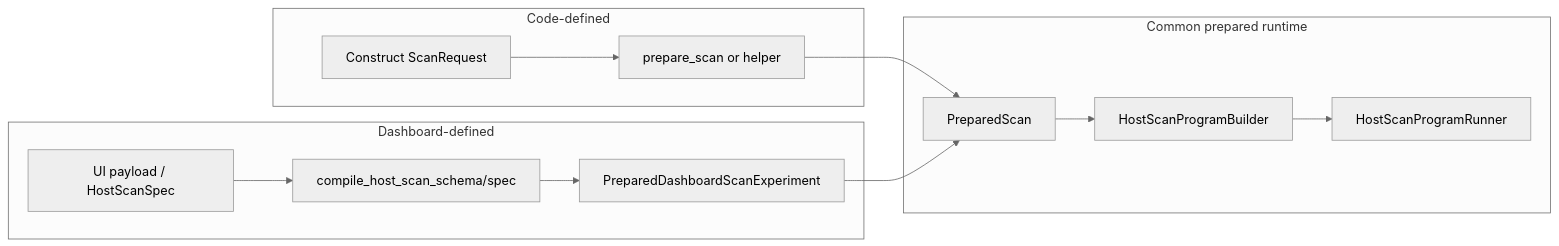
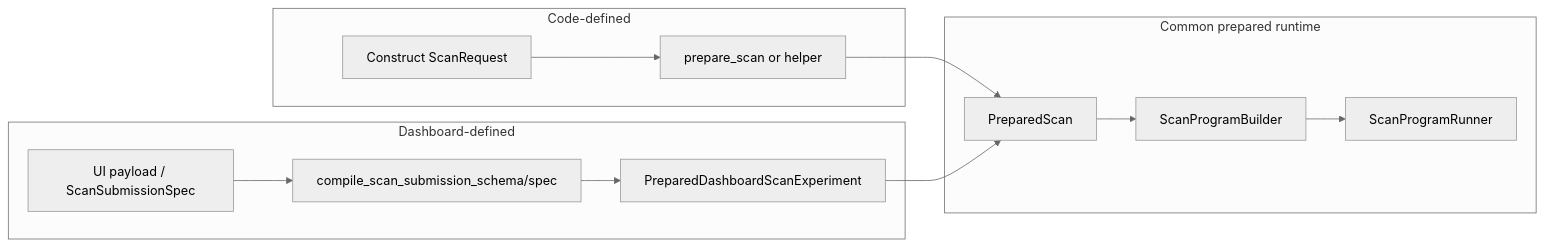
One commit to tomhepz/ndscan changed the sixth of 6 diagrams in PREPARED_RUNTIME_WALKTHROUGH.md. Above: the diagram before and after it, drawn with Mermaid (neutral theme). The commit also changed other lines of this file and 146 other files, not shown here.

````diff
--- a/PREPARED_RUNTIME_WALKTHROUGH.md
+++ b/PREPARED_RUNTIME_WALKTHROUGH.md
@@ -544,23 +544,23 @@
 ```mermaid
 flowchart LR
     subgraph CODE[Code-defined]
         C1[Construct ScanRequest]
         C2[prepare_scan or helper]
     end
 
     subgraph DASH[Dashboard-defined]
-        D1[UI payload / HostScanSpec]
-        D2[compile_host_scan_schema/spec]
+        D1[UI payload / ScanSubmissionSpec]
+        D2[compile_scan_submission_schema/spec]
         D3[PreparedDashboardScanExperiment]
     end
 
     subgraph CORE[Common prepared runtime]
         P[PreparedScan]
-        B[HostScanProgramBuilder]
-        R[HostScanProgramRunner]
+        B[ScanProgramBuilder]
+        R[ScanProgramRunner]
     end
 
     C1 --> C2 --> P
     D1 --> D2 --> D3 --> P
     P --> B --> R
 ```
````
